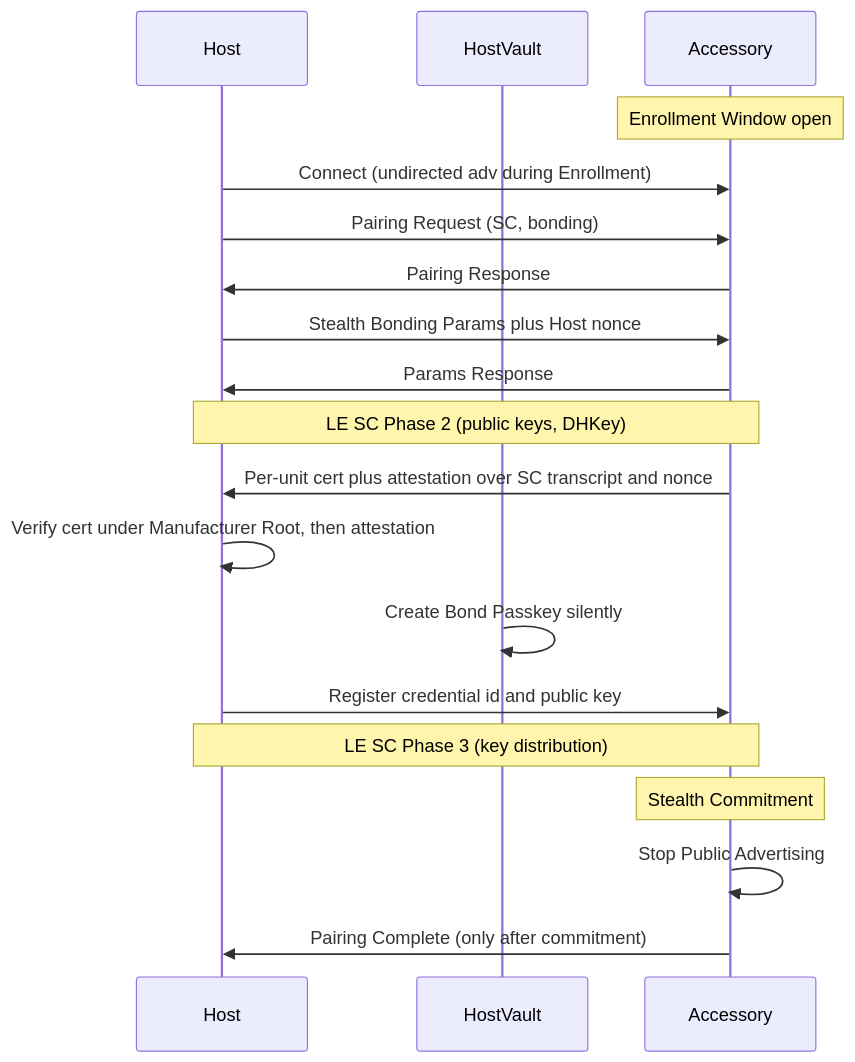
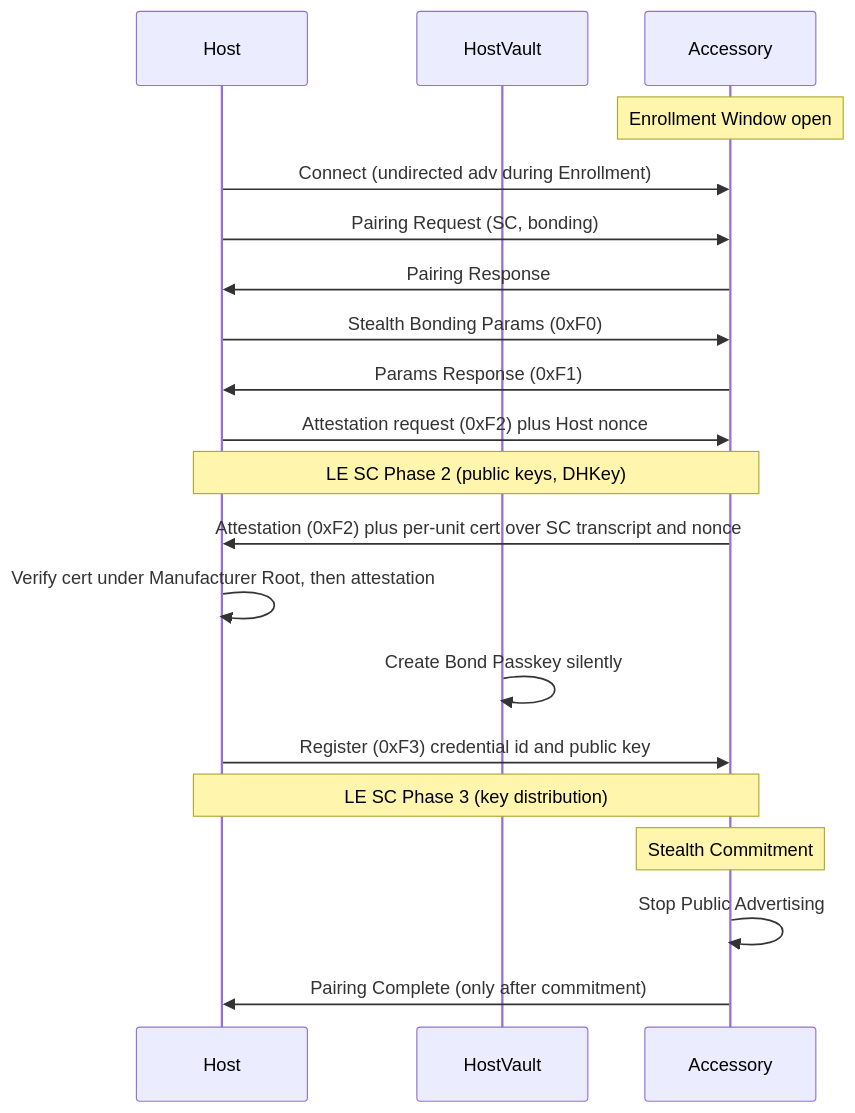
Before and after one commit to SmokedMeats/IoTPassKey: the second of 2 diagrams in docs/spec/stealth-bonding.md, drawn with Mermaid. The commit also changed other lines of this file and 24 other files, not shown here.

````diff
--- a/docs/spec/stealth-bonding.md
+++ b/docs/spec/stealth-bonding.md
@@ -356,21 +356,22 @@
 ```mermaid
 sequenceDiagram
     participant H as Host
     participant V as HostVault
     participant A as Accessory
     Note over A: Enrollment Window open
     H->>A: Connect (undirected adv during Enrollment)
     H->>A: Pairing Request (SC, bonding)
     A->>H: Pairing Response
-    H->>A: Stealth Bonding Params plus Host nonce
-    A->>H: Params Response
+    H->>A: Stealth Bonding Params (0xF0)
+    A->>H: Params Response (0xF1)
+    H->>A: Attestation request (0xF2) plus Host nonce
     Note over H,A: LE SC Phase 2 (public keys, DHKey)
-    A->>H: Per-unit cert plus attestation over SC transcript and nonce
+    A->>H: Attestation (0xF2) plus per-unit cert over SC transcript and nonce
     H->>H: Verify cert under Manufacturer Root, then attestation
     V->>V: Create Bond Passkey silently
-    H->>A: Register credential id and public key
+    H->>A: Register (0xF3) credential id and public key
     Note over H,A: LE SC Phase 3 (key distribution)
     Note over A: Stealth Commitment
     A->>A: Stop Public Advertising
     A->>H: Pairing Complete (only after commitment)
 ```
````
